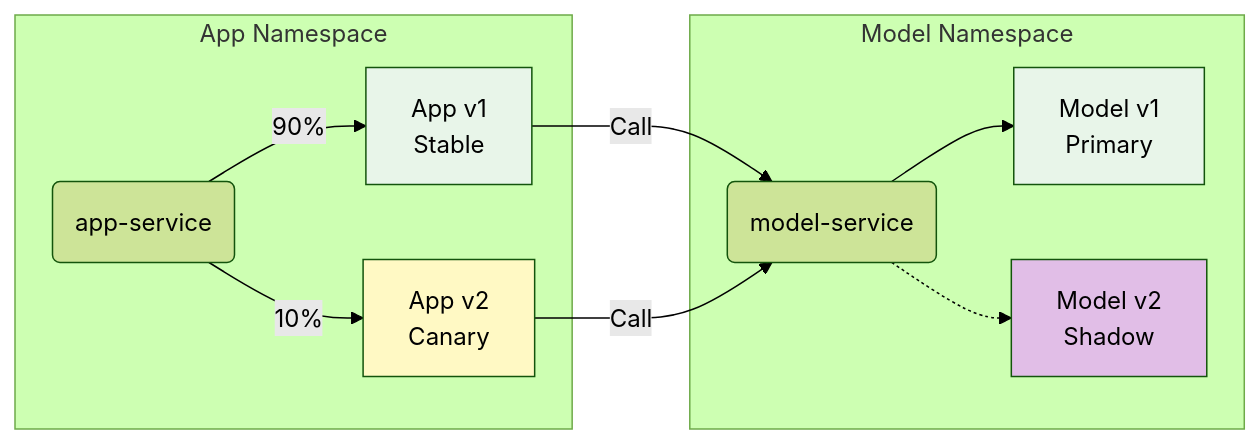
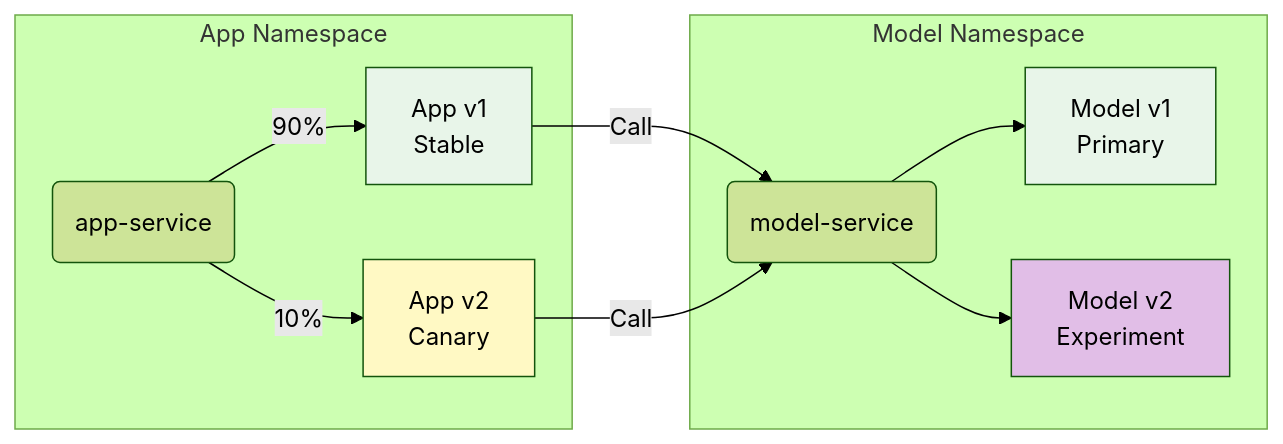
Before and after one commit to doda25-team1/operation: the second of 7 diagrams in docs/deployment.md, drawn with Mermaid (forest theme). The commit also changed other lines of this file and 2 other files, not shown here.

Commit message:
fix: Remove shadow release from docs and adjust other details.

````diff
--- a/docs/deployment.md
+++ b/docs/deployment.md
@@ -62,28 +63,28 @@
 ```mermaid
 flowchart LR
     subgraph Frontend [App Namespace]
         AppSvc(app-service) 
         AppV1[App v1<br/>Stable]
         AppV2[App v2<br/>Canary]
         
         AppSvc -->|90%| AppV1
         AppSvc -->|10%| AppV2
     end
     
     subgraph Backend [Model Namespace]
         ModelSvc(model-service)
         ModelV1[Model v1<br/>Primary]
-        ModelV2[Model v2<br/>Shadow]
+        ModelV2[Model v2<br/>Experiment]
         
         ModelSvc --> ModelV1
-        ModelSvc -.-> ModelV2
+        ModelSvc --> ModelV2
     end
     
     AppV1 -->|Call| ModelSvc
     AppV2 -->|Call| ModelSvc
     
     style AppV1 fill:#e8f5e9
     style AppV2 fill:#fff9c4
     style ModelV1 fill:#e8f5e9
     style ModelV2 fill:#e1bee7
 ```
````
